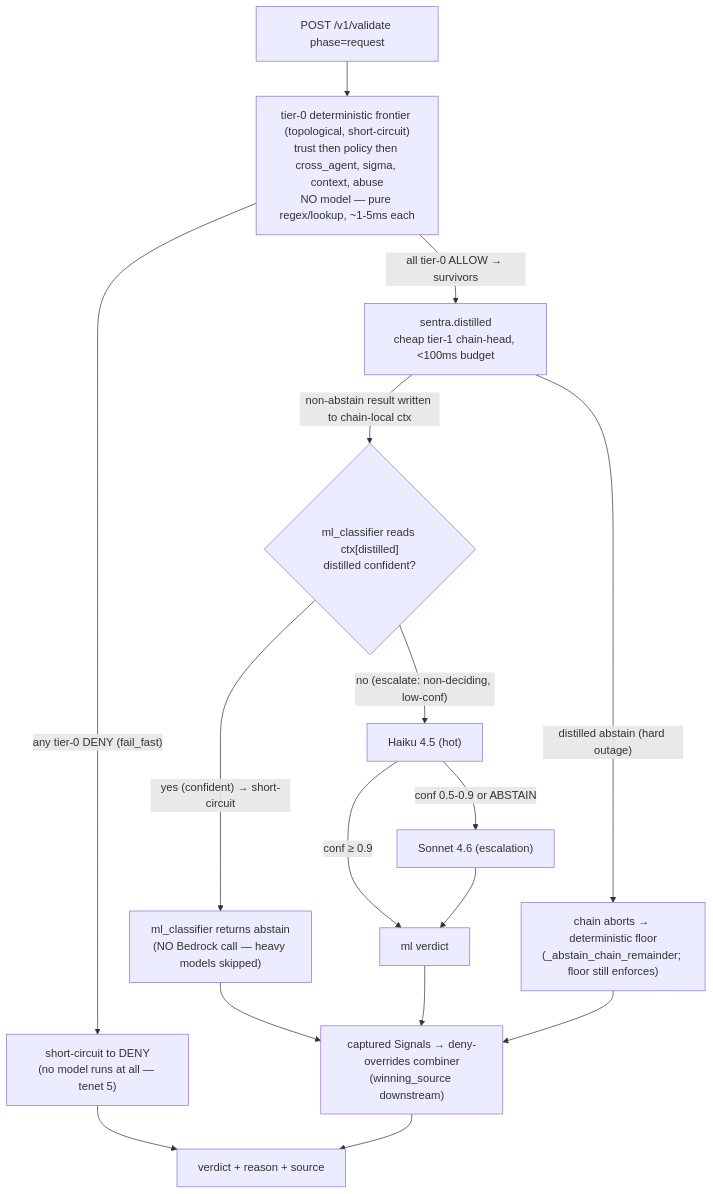
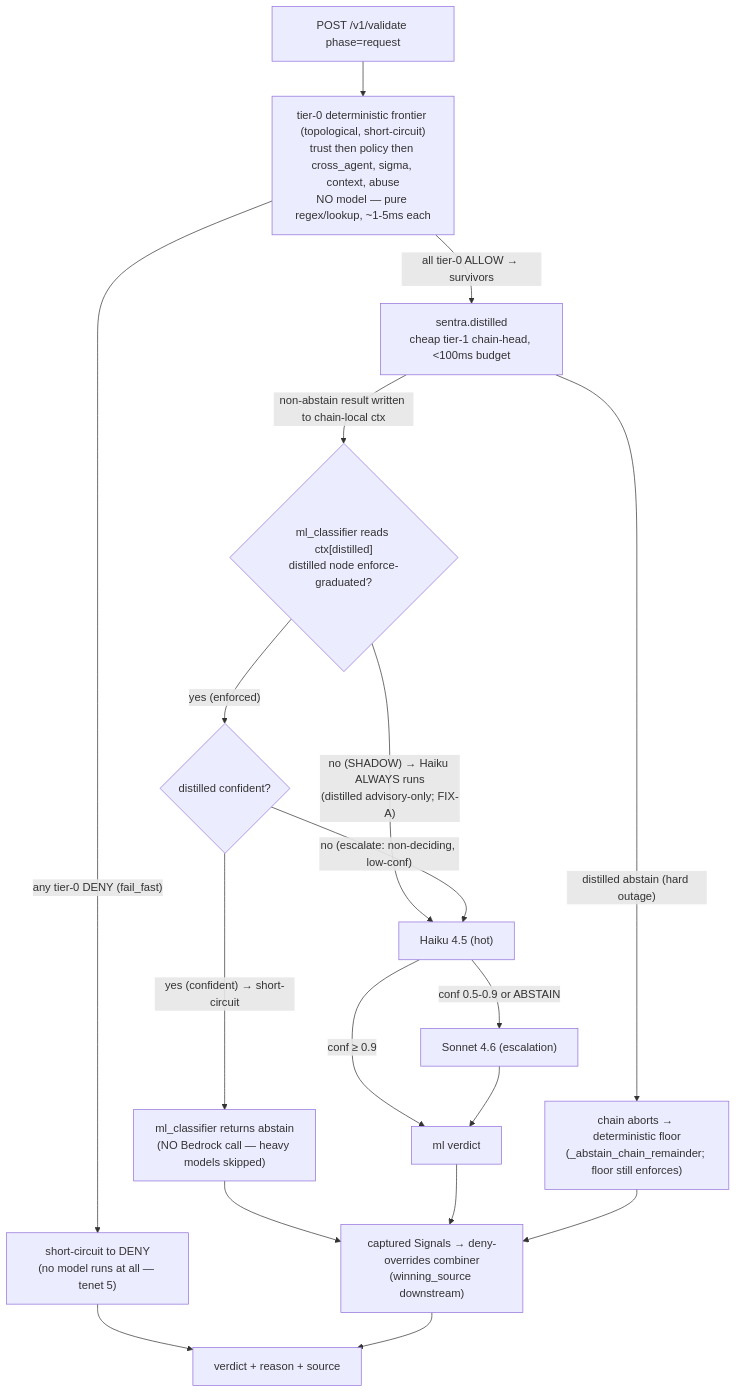
The first of 4 diagrams in lld/32-detection-depth.md (shashank31mar/Sentra), drawn with Mermaid before and after one commit. The commit also changed other lines of this file and 1 other file, not shown here.

Commit message:
ws-l: lld/32 detection-depth converged (round-4 + FIX-I/J/K identity-order, all_allow scope, T-TRAIL-14 register-when-emitting; mermaid gate clean 33pp)

````diff
--- a/lld/32-detection-depth.md
+++ b/lld/32-detection-depth.md
@@ -151,18 +165,20 @@
 ```mermaid
 flowchart TD
   REQ["POST /v1/validate phase=request"] --> T0["tier-0 deterministic frontier (topological, short-circuit)<br/>trust then policy then cross_agent, sigma, context, abuse<br/>NO model — pure regex/lookup, ~1-5ms each"]
   T0 -->|"any tier-0 DENY (fail_fast)"| DENYFAST["short-circuit to DENY<br/>(no model runs at all — tenet 5)"]
   T0 -->|"all tier-0 ALLOW → survivors"| DIST["sentra.distilled<br/>cheap tier-1 chain-head, &lt;100ms budget"]
-  DIST -->|"non-abstain result written to chain-local ctx"| READCTX{"ml_classifier reads ctx[distilled]<br/>distilled confident?"}
+  DIST -->|"non-abstain result written to chain-local ctx"| GRAD{"ml_classifier reads ctx[distilled]<br/>distilled node enforce-graduated?"}
   DIST -->|"distilled abstain (hard outage)"| ABORT["chain aborts → deterministic floor<br/>(_abstain_chain_remainder; floor still enforces)"]
+  GRAD -->|"no (SHADOW) → Haiku ALWAYS runs<br/>(distilled advisory-only; FIX-A)"| HAIKU["Haiku 4.5 (hot)"]
+  GRAD -->|"yes (enforced)"| READCTX{"distilled confident?"}
   READCTX -->|"yes (confident) → short-circuit"| SKIP["ml_classifier returns abstain<br/>(NO Bedrock call — heavy models skipped)"]
-  READCTX -->|"no (escalate: non-deciding, low-conf)"| HAIKU["Haiku 4.5 (hot)"]
+  READCTX -->|"no (escalate: non-deciding, low-conf)"| HAIKU
   HAIKU -->|"conf 0.5-0.9 or ABSTAIN"| SONNET["Sonnet 4.6 (escalation)"]
   HAIKU -->|"conf ≥ 0.9"| MLOUT["ml verdict"]
   SONNET --> MLOUT
   SKIP --> COMBINE["captured Signals → deny-overrides combiner<br/>(winning_source downstream)"]
   MLOUT --> COMBINE
   ABORT --> COMBINE
   DENYFAST --> RESP["verdict + reason + source"]
   COMBINE --> RESP
 ```
````
